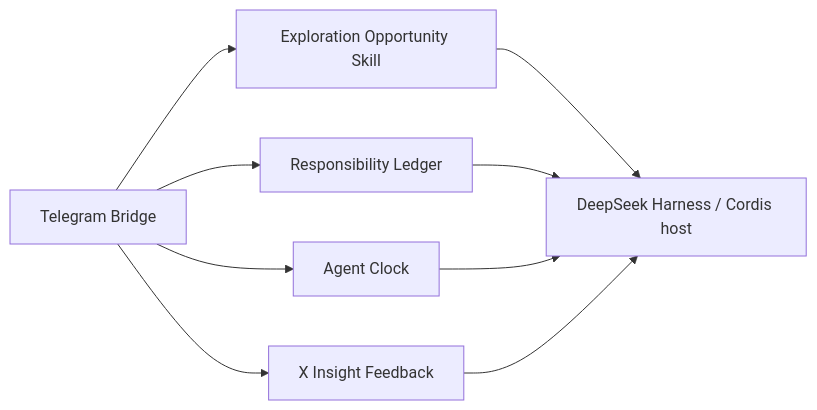
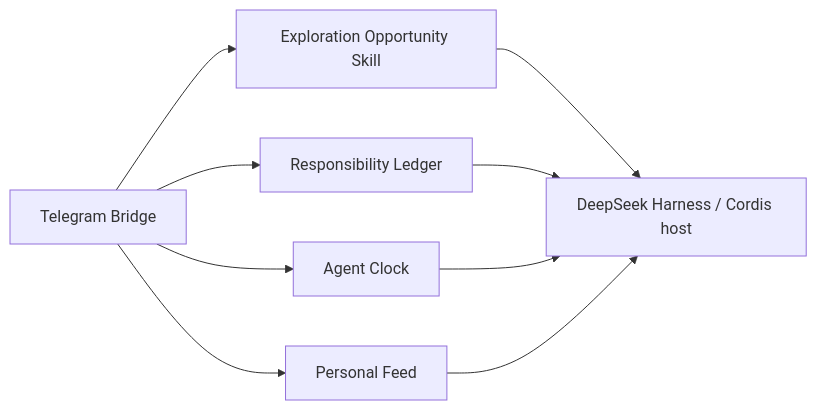
One commit to HYBB-rash/dsh-plugins changed the diagram in README.md. Above: the diagram before and after it, drawn with Mermaid. The commit also changed other lines of this file and 24 other files, not shown here.

Commit message:
feat(personal-feed): publish unified capability names

````diff
--- a/README.md
+++ b/README.md
@@ -31,11 +31,11 @@
 ```mermaid
 flowchart LR
   TG[Telegram Bridge] --> A[Responsibility Ledger]
   TG --> C[Agent Clock]
-  TG --> X[X Insight Feedback]
+  TG --> F[Personal Feed]
   TG --> E[Exploration Opportunity Skill]
   E --> DSH
   A --> DSH[DeepSeek Harness / Cordis host]
   C --> DSH
-  X --> DSH
+  F --> DSH
 ```
````
